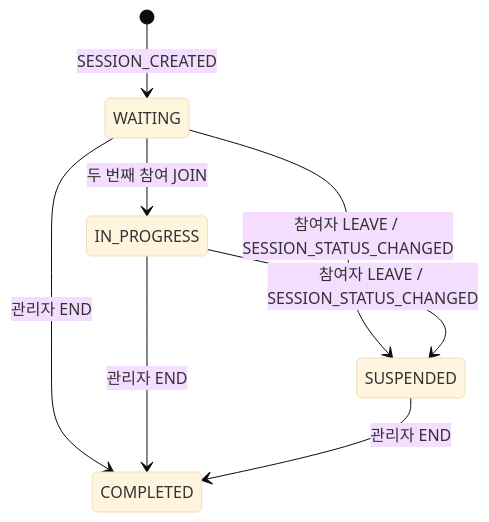
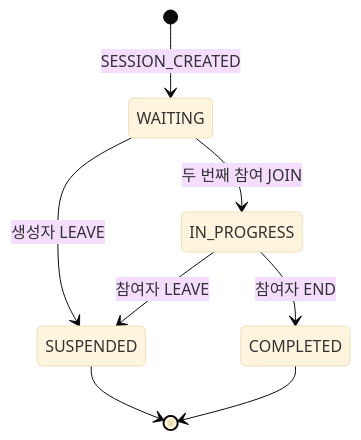
Before and after one commit to juwonlee-dev/event-based-chat: the first of 3 diagrams in docs/consistency-and-restore.md, drawn with Mermaid (base theme). The commit also changed other lines of this file and 4 other files, not shown here.

````diff
--- a/docs/consistency-and-restore.md
+++ b/docs/consistency-and-restore.md
@@ -34,10 +34,10 @@
 ```mermaid
 stateDiagram-v2
  [*] --> WAITING: SESSION_CREATED
  WAITING --> IN_PROGRESS: 두 번째 참여 JOIN
- WAITING --> SUSPENDED: 참여자 LEAVE / SESSION_STATUS_CHANGED
- IN_PROGRESS --> SUSPENDED: 참여자 LEAVE / SESSION_STATUS_CHANGED
- WAITING --> COMPLETED: 관리자 END
- IN_PROGRESS --> COMPLETED: 관리자 END
- SUSPENDED --> COMPLETED: 관리자 END
+ WAITING --> SUSPENDED: 생성자 LEAVE
+ IN_PROGRESS --> SUSPENDED: 참여자 LEAVE
+ IN_PROGRESS --> COMPLETED: 참여자 END
+ SUSPENDED --> [*]
+ COMPLETED --> [*]
 ```
````
